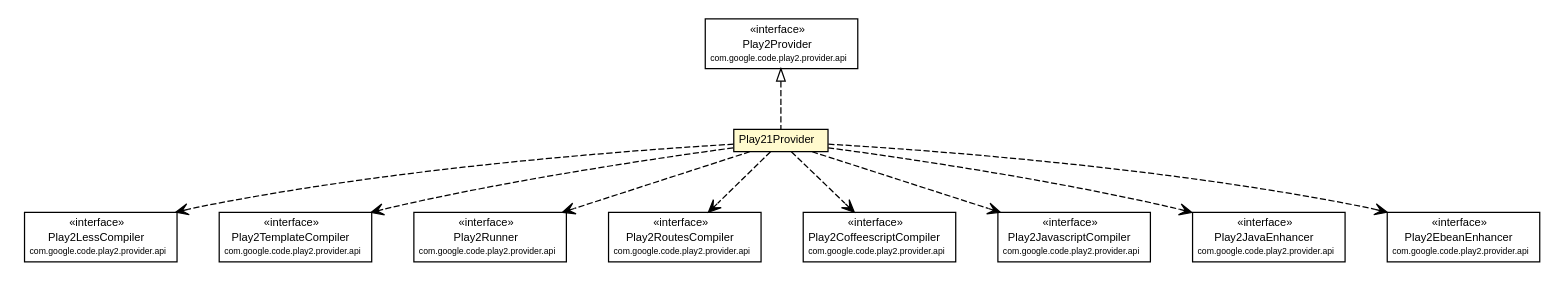
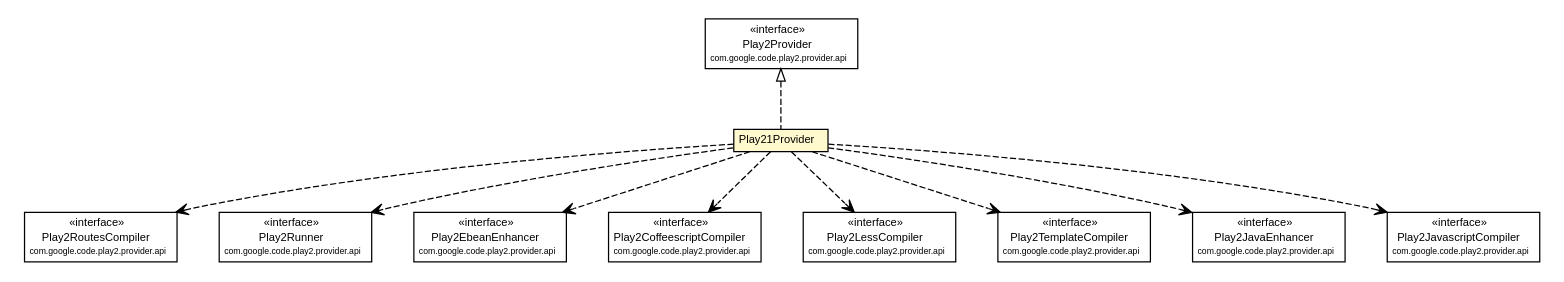
One commit to play2-maven-plugin/play2-maven-plugin.github.io changed the diagram in play2-maven-plugin/1.0.0-beta5-SNAPSHOT/play2-providers/play2-provider-play21/apidocs/com/google/code/play2/provider/play21/Play21Provider.dot. Above: the diagram before and after it, drawn with Graphviz. The commit also changed 145 other files, not shown here.

```diff
--- a/play2-maven-plugin/1.0.0-beta5-SNAPSHOT/play2-providers/play2-provider-play21/apidocs/com/google/code/play2/provider/play21/Play21Provider.dot
+++ b/play2-maven-plugin/1.0.0-beta5-SNAPSHOT/play2-providers/play2-provider-play21/apidocs/com/google/code/play2/provider/play21/Play21Provider.dot
@@ -1,108 +1,108 @@
 #!/usr/local/bin/dot
 #
 # Class diagram 
 # Generated by UMLGraph version R5_6-24-gf6e263 (http://www.umlgraph.org/)
 #
 
 digraph G {
 	edge [fontname="arial",fontsize=10,labelfontname="arial",labelfontsize=10];
 	node [fontname="arial",fontsize=10,shape=plaintext];
 	nodesep=0.25;
 	ranksep=0.5;
 	// com.google.code.play2.provider.play21.Play21Provider
 	c184 [label=<<table title="com.google.code.play2.provider.play21.Play21Provider" border="0" cellborder="1" cellspacing="0" cellpadding="2" port="p" bgcolor="lemonChiffon" href="./Play21Provider.html">
 		<tr><td><table border="0" cellspacing="0" cellpadding="1">
 <tr><td align="center" balign="center"> Play21Provider </td></tr>
 		</table></td></tr>
 		</table>>, URL="./Play21Provider.html", fontname="arial", fontcolor="black", fontsize=9.0];
 	//com.google.code.play2.provider.play21.Play21Provider implements com.google.code.play2.provider.api.Play2Provider
 	c193:p -> c184:p [dir=back,arrowtail=empty,style=dashed];
+	// com.google.code.play2.provider.play21.Play21Provider DEPEND com.google.code.play2.provider.api.Play2RoutesCompiler
+	c184:p -> c194:p [taillabel="", label="", headlabel="", fontname="arial", fontcolor="black", fontsize=10.0, color="black", arrowhead=open, style=dashed];
+	// com.google.code.play2.provider.play21.Play21Provider DEPEND com.google.code.play2.provider.api.Play2Runner
+	c184:p -> c195:p [taillabel="", label="", headlabel="", fontname="arial", fontcolor="black", fontsize=10.0, color="black", arrowhead=open, style=dashed];
+	// com.google.code.play2.provider.play21.Play21Provider DEPEND com.google.code.play2.provider.api.Play2EbeanEnhancer
+	c184:p -> c196:p [taillabel="", label="", headlabel="", fontname="arial", fontcolor="black", fontsize=10.0, color="black", arrowhead=open, style=dashed];
+	// com.google.code.play2.provider.play21.Play21Provider DEPEND com.google.code.play2.provider.api.Play2CoffeescriptCompiler
+	c184:p -> c197:p [taillabel="", label="", headlabel="", fontname="arial", fontcolor="black", fontsize=10.0, color="black", arrowhead=open, style=dashed];
 	// com.google.code.play2.provider.play21.Play21Provider DEPEND com.google.code.play2.provider.api.Play2LessCompiler
-	c184:p -> c194:p [taillabel="", label="", headlabel="", fontname="arial", fontcolor="black", fontsize=10.0, color="black", arrowhead=open, style=dashed];
+	c184:p -> c198:p [taillabel="", label="", headlabel="", fontname="arial", fontcolor="black", fontsize=10.0, color="black", arrowhead=open, style=dashed];
 	// com.google.code.play2.provider.play21.Play21Provider DEPEND com.google.code.play2.provider.api.Play2TemplateCompiler
-	c184:p -> c195:p [taillabel="", label="", headlabel="", fontname="arial", fontcolor="black", fontsize=10.0, color="black", arrowhead=open, style=dashed];
-	// com.google.code.play2.provider.play21.Play21Provider DEPEND com.google.code.play2.provider.api.Play2Runner
-	c184:p -> c196:p [taillabel="", label="", headlabel="", fontname="arial", fontcolor="black", fontsize=10.0, color="black", arrowhead=open, style=dashed];
-	// com.google.code.play2.provider.play21.Play21Provider DEPEND com.google.code.play2.provider.api.Play2RoutesCompiler
-	c184:p -> c197:p [taillabel="", label="", headlabel="", fontname="arial", fontcolor="black", fontsize=10.0, color="black", arrowhead=open, style=dashed];
-	// com.google.code.play2.provider.play21.Play21Provider DEPEND com.google.code.play2.provider.api.Play2CoffeescriptCompiler
-	c184:p -> c198:p [taillabel="", label="", headlabel="", fontname="arial", fontcolor="black", fontsize=10.0, color="black", arrowhead=open, style=dashed];
-	// com.google.code.play2.provider.play21.Play21Provider DEPEND com.google.code.play2.provider.api.Play2JavascriptCompiler
 	c184:p -> c199:p [taillabel="", label="", headlabel="", fontname="arial", fontcolor="black", fontsize=10.0, color="black", arrowhead=open, style=dashed];
 	// com.google.code.play2.provider.play21.Play21Provider DEPEND com.google.code.play2.provider.api.Play2JavaEnhancer
 	c184:p -> c200:p [taillabel="", label="", headlabel="", fontname="arial", fontcolor="black", fontsize=10.0, color="black", arrowhead=open, style=dashed];
-	// com.google.code.play2.provider.play21.Play21Provider DEPEND com.google.code.play2.provider.api.Play2EbeanEnhancer
+	// com.google.code.play2.provider.play21.Play21Provider DEPEND com.google.code.play2.provider.api.Play2JavascriptCompiler
 	c184:p -> c201:p [taillabel="", label="", headlabel="", fontname="arial", fontcolor="black", fontsize=10.0, color="black", arrowhead=open, style=dashed];
 	// com.google.code.play2.provider.api.Play2Provider
 	c193 [label=<<table title="com.google.code.play2.provider.api.Play2Provider" border="0" cellborder="1" cellspacing="0" cellpadding="2" port="p">
 		<tr><td><table border="0" cellspacing="0" cellpadding="1">
 <tr><td align="center" balign="center"> &#171;interface&#187; </td></tr>
 <tr><td align="center" balign="center"> Play2Provider </td></tr>
 <tr><td align="center" balign="center"><font point-size="7.0"> com.google.code.play2.provider.api </font></td></tr>
 		</table></td></tr>
 		</table>>, URL="null", fontname="arial", fontcolor="black", fontsize=9.0];
 	// com.google.code.play2.provider.api.Play2RoutesCompiler
-	c197 [label=<<table title="com.google.code.play2.provider.api.Play2RoutesCompiler" border="0" cellborder="1" cellspacing="0" cellpadding="2" port="p">
+	c194 [label=<<table title="com.google.code.play2.provider.api.Play2RoutesCompiler" border="0" cellborder="1" cellspacing="0" cellpadding="2" port="p">
 		<tr><td><table border="0" cellspacing="0" cellpadding="1">
 <tr><td align="center" balign="center"> &#171;interface&#187; </td></tr>
 <tr><td align="center" balign="center"> Play2RoutesCompiler </td></tr>
 <tr><td align="center" balign="center"><font point-size="7.0"> com.google.code.play2.provider.api </font></td></tr>
 		</table></td></tr>
 		</table>>, URL="null", fontname="arial", fontcolor="black", fontsize=9.0];
 	// com.google.code.play2.provider.api.Play2LessCompiler
-	c194 [label=<<table title="com.google.code.play2.provider.api.Play2LessCompiler" border="0" cellborder="1" cellspacing="0" cellpadding="2" port="p">
+	c198 [label=<<table title="com.google.code.play2.provider.api.Play2LessCompiler" border="0" cellborder="1" cellspacing="0" cellpadding="2" port="p">
 		<tr><td><table border="0" cellspacing="0" cellpadding="1">
 <tr><td align="center" balign="center"> &#171;interface&#187; </td></tr>
 <tr><td align="center" balign="center"> Play2LessCompiler </td></tr>
 <tr><td align="center" balign="center"><font point-size="7.0"> com.google.code.play2.provider.api </font></td></tr>
 		</table></td></tr>
 		</table>>, URL="null", fontname="arial", fontcolor="black", fontsize=9.0];
 	// com.google.code.play2.provider.api.Play2TemplateCompiler
-	c195 [label=<<table title="com.google.code.play2.provider.api.Play2TemplateCompiler" border="0" cellborder="1" cellspacing="0" cellpadding="2" port="p">
+	c199 [label=<<table title="com.google.code.play2.provider.api.Play2TemplateCompiler" border="0" cellborder="1" cellspacing="0" cellpadding="2" port="p">
 		<tr><td><table border="0" cellspacing="0" cellpadding="1">
 <tr><td align="center" balign="center"> &#171;interface&#187; </td></tr>
 <tr><td align="center" balign="center"> Play2TemplateCompiler </td></tr>
 <tr><td align="center" balign="center"><font point-size="7.0"> com.google.code.play2.provider.api </font></td></tr>
 		</table></td></tr>
 		</table>>, URL="null", fontname="arial", fontcolor="black", fontsize=9.0];
 	// com.google.code.play2.provider.api.Play2CoffeescriptCompiler
-	c198 [label=<<table title="com.google.code.play2.provider.api.Play2CoffeescriptCompiler" border="0" cellborder="1" cellspacing="0" cellpadding="2" port="p">
+	c197 [label=<<table title="com.google.code.play2.provider.api.Play2CoffeescriptCompiler" border="0" cellborder="1" cellspacing="0" cellpadding="2" port="p">
 		<tr><td><table border="0" cellspacing="0" cellpadding="1">
 <tr><td align="center" balign="center"> &#171;interface&#187; </td></tr>
 <tr><td align="center" balign="center"> Play2CoffeescriptCompiler </td></tr>
 <tr><td align="center" balign="center"><font point-size="7.0"> com.google.code.play2.provider.api </font></td></tr>
 		</table></td></tr>
 		</table>>, URL="null", fontname="arial", fontcolor="black", fontsize=9.0];
 	// com.google.code.play2.provider.api.Play2EbeanEnhancer
-	c201 [label=<<table title="com.google.code.play2.provider.api.Play2EbeanEnhancer" border="0" cellborder="1" cellspacing="0" cellpadding="2" port="p">
+	c196 [label=<<table title="com.google.code.play2.provider.api.Play2EbeanEnhancer" border="0" cellborder="1" cellspacing="0" cellpadding="2" port="p">
 		<tr><td><table border="0" cellspacing="0" cellpadding="1">
 <tr><td align="center" balign="center"> &#171;interface&#187; </td></tr>
 <tr><td align="center" balign="center"> Play2EbeanEnhancer </td></tr>
 <tr><td align="center" balign="center"><font point-size="7.0"> com.google.code.play2.provider.api </font></td></tr>
 		</table></td></tr>
 		</table>>, URL="null", fontname="arial", fontcolor="black", fontsize=9.0];
 	// com.google.code.play2.provider.api.Play2JavascriptCompiler
-	c199 [label=<<table title="com.google.code.play2.provider.api.Play2JavascriptCompiler" border="0" cellborder="1" cellspacing="0" cellpadding="2" port="p">
+	c201 [label=<<table title="com.google.code.play2.provider.api.Play2JavascriptCompiler" border="0" cellborder="1" cellspacing="0" cellpadding="2" port="p">
 		<tr><td><table border="0" cellspacing="0" cellpadding="1">
 <tr><td align="center" balign="center"> &#171;interface&#187; </td></tr>
 <tr><td align="center" balign="center"> Play2JavascriptCompiler </td></tr>
 <tr><td align="center" balign="center"><font point-size="7.0"> com.google.code.play2.provider.api </font></td></tr>
 		</table></td></tr>
 		</table>>, URL="null", fontname="arial", fontcolor="black", fontsize=9.0];
 	// com.google.code.play2.provider.api.Play2JavaEnhancer
 	c200 [label=<<table title="com.google.code.play2.provider.api.Play2JavaEnhancer" border="0" cellborder="1" cellspacing="0" cellpadding="2" port="p">
 		<tr><td><table border="0" cellspacing="0" cellpadding="1">
 <tr><td align="center" balign="center"> &#171;interface&#187; </td></tr>
 <tr><td align="center" balign="center"> Play2JavaEnhancer </td></tr>
 <tr><td align="center" balign="center"><font point-size="7.0"> com.google.code.play2.provider.api </font></td></tr>
 		</table></td></tr>
 		</table>>, URL="null", fontname="arial", fontcolor="black", fontsize=9.0];
 	// com.google.code.play2.provider.api.Play2Runner
-	c196 [label=<<table title="com.google.code.play2.provider.api.Play2Runner" border="0" cellborder="1" cellspacing="0" cellpadding="2" port="p">
+	c195 [label=<<table title="com.google.code.play2.provider.api.Play2Runner" border="0" cellborder="1" cellspacing="0" cellpadding="2" port="p">
 		<tr><td><table border="0" cellspacing="0" cellpadding="1">
 <tr><td align="center" balign="center"> &#171;interface&#187; </td></tr>
 <tr><td align="center" balign="center"> Play2Runner </td></tr>
 <tr><td align="center" balign="center"><font point-size="7.0"> com.google.code.play2.provider.api </font></td></tr>
 		</table></td></tr>
 		</table>>, URL="null", fontname="arial", fontcolor="black", fontsize=9.0];
 }
```
